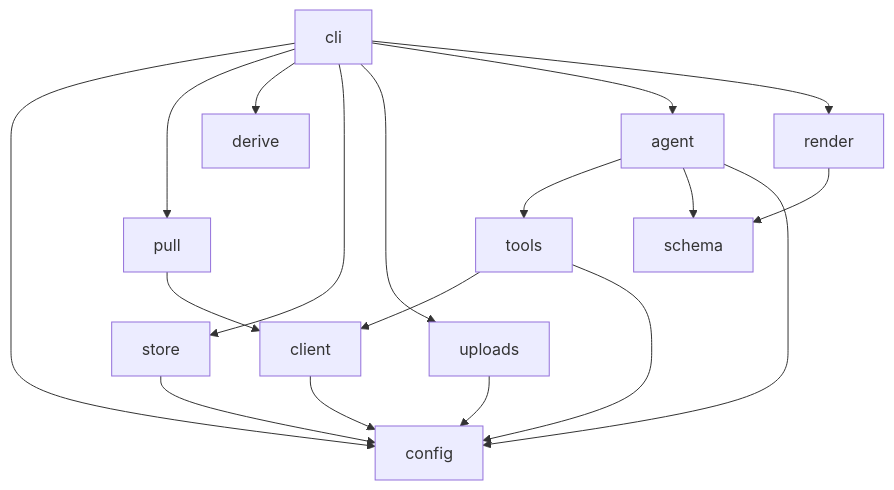
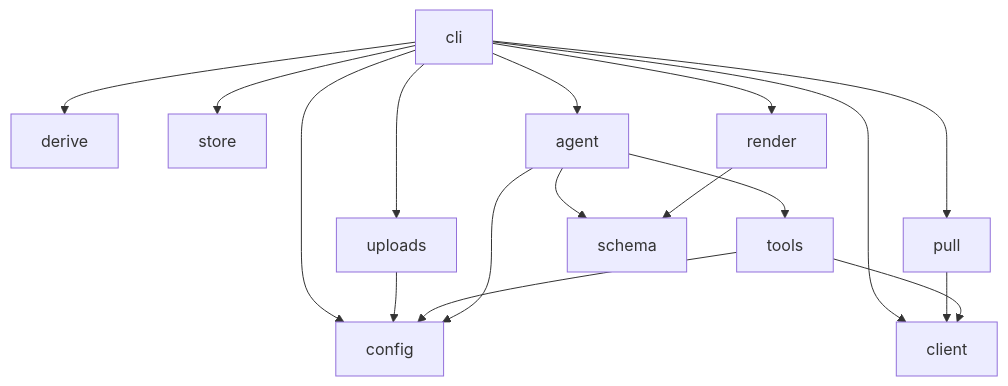
One commit to Jason-Dorman/agentic-liquidity-app-reporter changed the second of 7 diagrams in docs/ARCHITECTURE.md. Above: the diagram before and after it, drawn with Mermaid. The commit also changed other lines of this file and 19 other files, not shown here.

````diff
--- a/docs/ARCHITECTURE.md
+++ b/docs/ARCHITECTURE.md
@@ -72,20 +72,19 @@
 ```mermaid
 flowchart TD
     cli --> config
     cli --> pull
     cli --> derive
     cli --> store
     cli --> uploads
     cli --> agent
     cli --> render
+    cli --> client
     pull --> client
     tools --> client
     agent --> tools
     agent --> schema
     render --> schema
-    client --> config
-    store --> config
     uploads --> config
     tools --> config
     agent --> config
 ```
````
